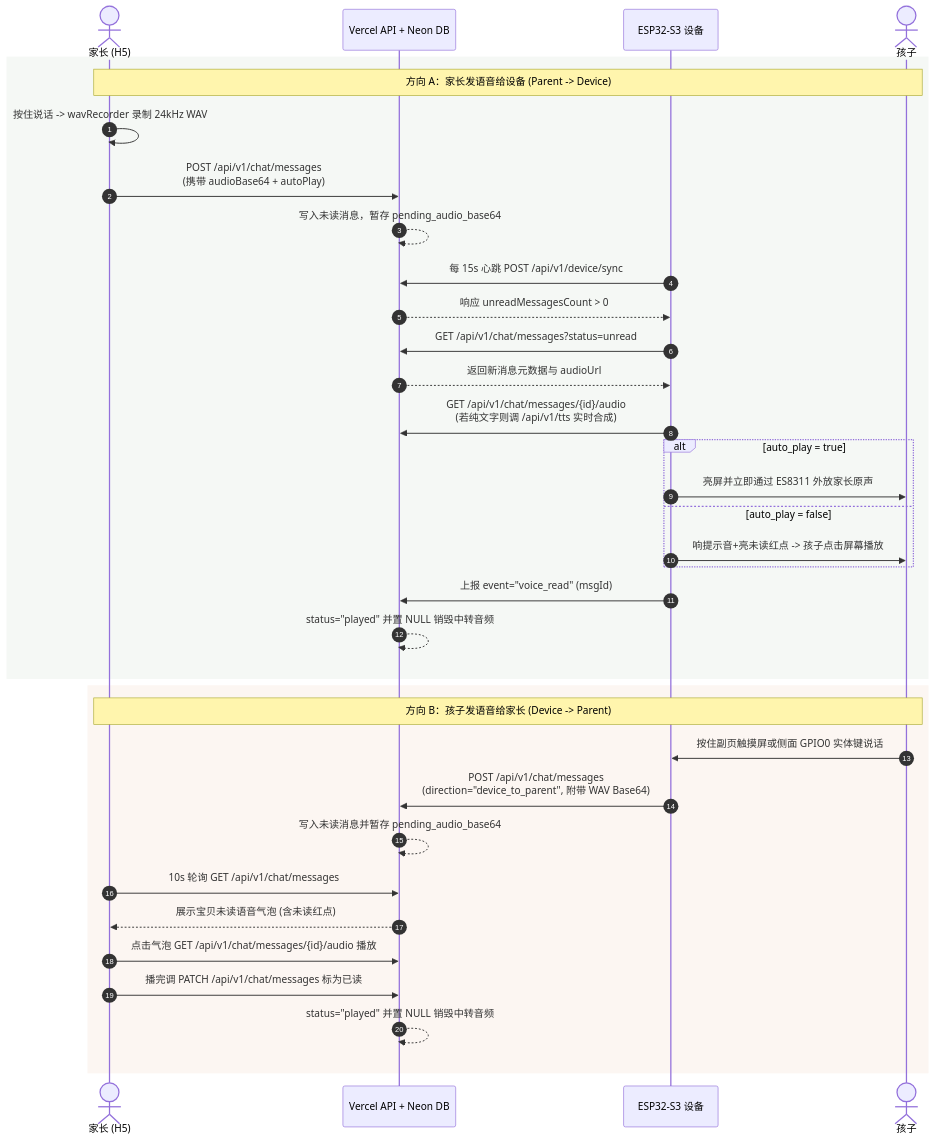
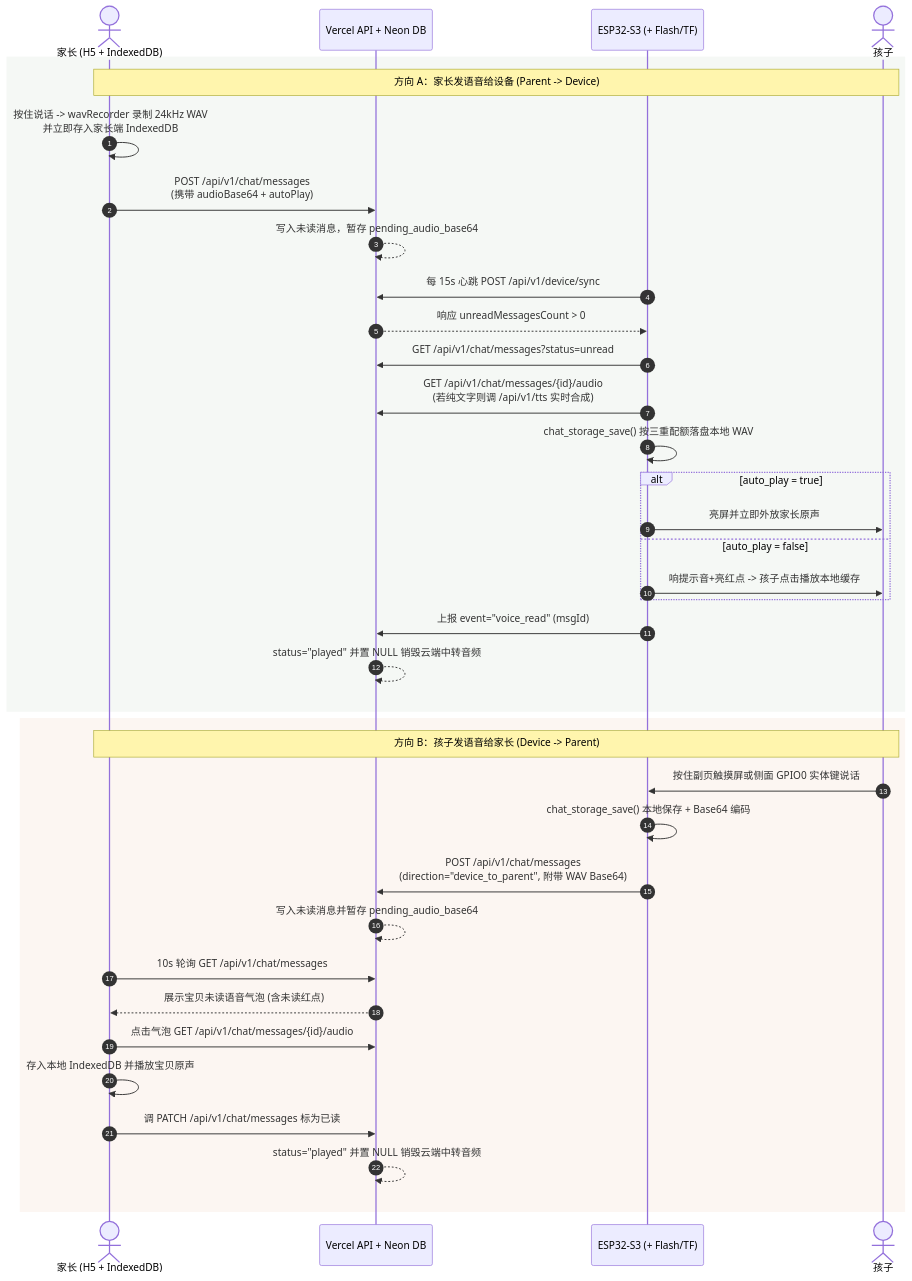
One commit to cola-sk/xiao-ming-tong-xue changed the second of 2 diagrams in README.md. Above: the diagram before and after it, drawn with Mermaid. The commit also changed other lines of this file and 9 other files, not shown here.

Commit message:
feat: add parent IndexedDB audio store and ESP32 triple-quota local chat voice storage

````diff
--- a/README.md
+++ b/README.md
@@ -80,39 +86,41 @@
 ```mermaid
 sequenceDiagram
     autonumber
-    actor Parent as 家长 (H5)
+    actor Parent as 家长 (H5 + IndexedDB)
     participant API as Vercel API + Neon DB
-    participant Device as ESP32-S3 设备
+    participant Device as ESP32-S3 (+ Flash/TF)
     actor Child as 孩子
 
     rect rgb(245, 248, 245)
         Note over Parent,Child: 方向 A：家长发语音给设备 (Parent -> Device)
-        Parent->>Parent: 按住说话 -> wavRecorder 录制 24kHz WAV
+        Parent->>Parent: 按住说话 -> wavRecorder 录制 24kHz WAV<br/>并立即存入家长端 IndexedDB
         Parent->>API: POST /api/v1/chat/messages<br/>(携带 audioBase64 + autoPlay)
         API-->>API: 写入未读消息，暂存 pending_audio_base64
         Device->>API: 每 15s 心跳 POST /api/v1/device/sync
         API-->>Device: 响应 unreadMessagesCount > 0
         Device->>API: GET /api/v1/chat/messages?status=unread
-        API-->>Device: 返回新消息元数据与 audioUrl
         Device->>API: GET /api/v1/chat/messages/{id}/audio<br/>(若纯文字则调 /api/v1/tts 实时合成)
+        Device->>Device: chat_storage_save() 按三重配额落盘本地 WAV
         alt auto_play = true
-            Device->>Child: 亮屏并立即通过 ES8311 外放家长原声
+            Device->>Child: 亮屏并立即外放家长原声
         else auto_play = false
-            Device->>Child: 响提示音+亮未读红点 -> 孩子点击屏幕播放
+            Device->>Child: 响提示音+亮红点 -> 孩子点击播放本地缓存
         end
         Device->>API: 上报 event="voice_read" (msgId)
-        API-->>API: status="played" 并置 NULL 销毁中转音频
+        API-->>API: status="played" 并置 NULL 销毁云端中转音频
     end
 
     rect rgb(252, 246, 242)
         Note over Parent,Child: 方向 B：孩子发语音给家长 (Device -> Parent)
         Child->>Device: 按住副页触摸屏或侧面 GPIO0 实体键说话
+        Device->>Device: chat_storage_save() 本地保存 + Base64 编码
         Device->>API: POST /api/v1/chat/messages<br/>(direction="device_to_parent", 附带 WAV Base64)
         API-->>API: 写入未读消息并暂存 pending_audio_base64
         Parent->>API: 10s 轮询 GET /api/v1/chat/messages
         API-->>Parent: 展示宝贝未读语音气泡 (含未读红点)
-        Parent->>API: 点击气泡 GET /api/v1/chat/messages/{id}/audio 播放
-        Parent->>API: 播完调 PATCH /api/v1/chat/messages 标为已读
-        API-->>API: status="played" 并置 NULL 销毁中转音频
+        Parent->>API: 点击气泡 GET /api/v1/chat/messages/{id}/audio
+        Parent->>Parent: 存入本地 IndexedDB 并播放宝贝原声
+        Parent->>API: 调 PATCH /api/v1/chat/messages 标为已读
+        API-->>API: status="played" 并置 NULL 销毁云端中转音频
     end
 ```
````
